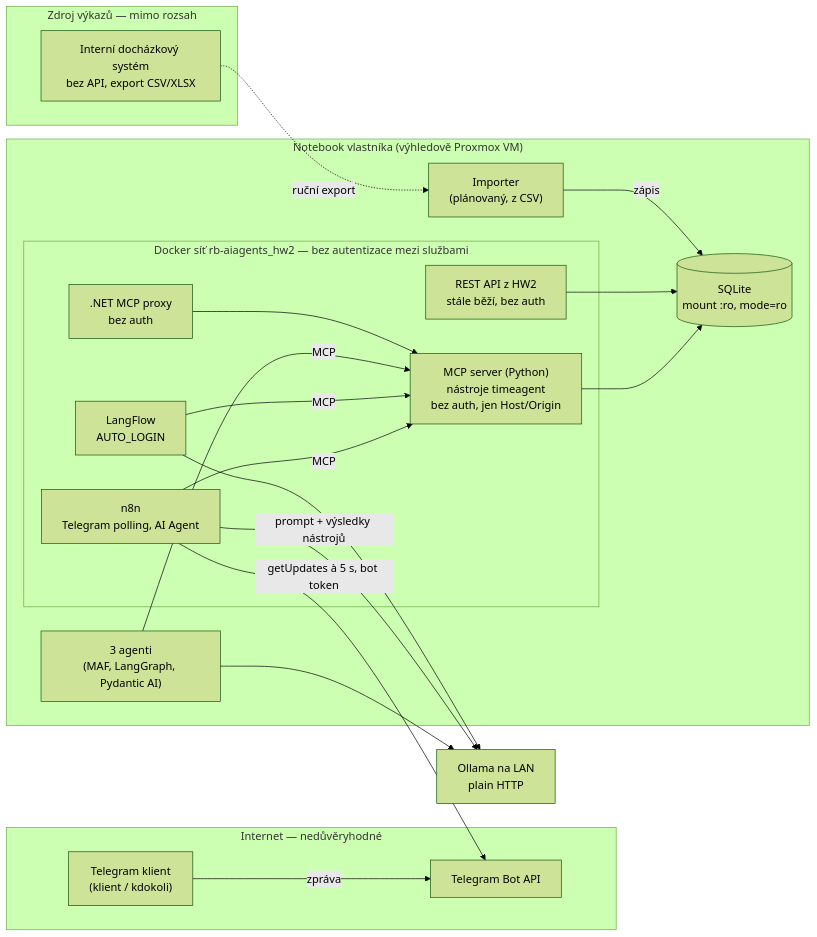
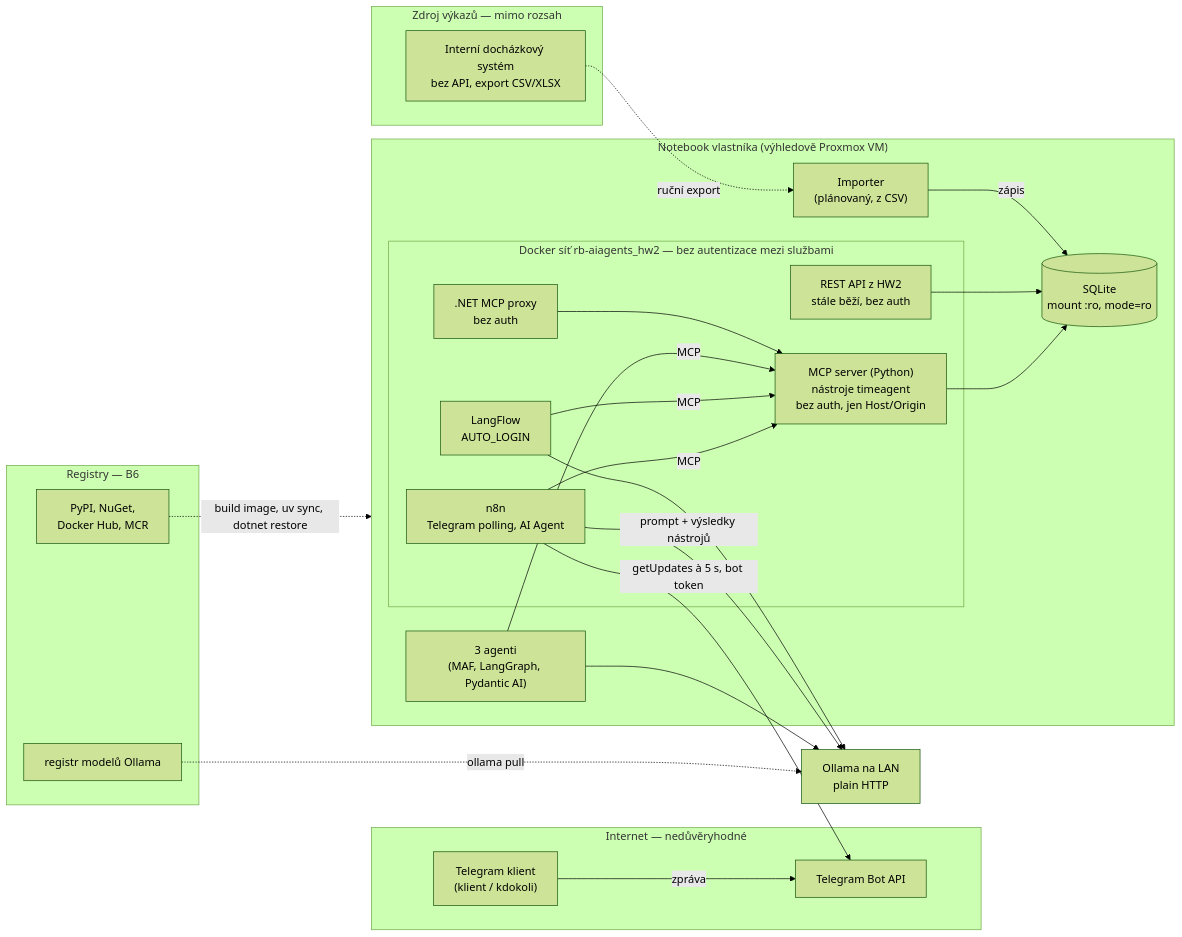
One commit to dotzik/RB-AIAgents changed the diagram in security/01-architektura.md. Above: the diagram before and after it, drawn with Mermaid (forest theme). The commit also changed other lines of this file and 42 other files, not shown here.

First line of the commit message:
Security: supply chain (T9, M8) – zámky s hashi, digesty image, NuGet jen z nuget.org, karanténa 7 dní, digest modelu, CI audit a Dependabot

````diff
--- a/security/01-architektura.md
+++ b/security/01-architektura.md
@@ -36,40 +36,47 @@
 ```mermaid
 flowchart LR
   subgraph INET["Internet — nedůvěryhodné"]
     TG["Telegram klient<br/>(klient / kdokoli)"]
     TGAPI["Telegram Bot API"]
   end
 
   subgraph SRC["Zdroj výkazů — mimo rozsah"]
     PICH["Interní docházkový systém<br/>bez API, export CSV/XLSX"]
   end
 
   subgraph HOST["Notebook vlastníka (výhledově Proxmox VM)"]
     subgraph NET["Docker síť rb-aiagents_hw2 — bez autentizace mezi službami"]
       N8N["n8n<br/>Telegram polling, AI Agent"]
       LF["LangFlow<br/>AUTO_LOGIN"]
       MCP["MCP server (Python)<br/>nástroje timeagent<br/>bez auth, jen Host/Origin"]
       MCPN[".NET MCP proxy<br/>bez auth"]
       API["REST API z HW2<br/>stále běží, bez auth"]
     end
     AG["3 agenti<br/>(MAF, LangGraph, Pydantic AI)"]
     IMP["Importer<br/>(plánovaný, z CSV)"]
     DB[("SQLite<br/>mount :ro, mode=ro")]
   end
 
   OLL["Ollama na LAN<br/>plain HTTP"]
 
+  subgraph REG["Registry — B6"]
+    PKG["PyPI, NuGet,<br/>Docker Hub, MCR"]
+    OREG["registr modelů Ollama"]
+  end
+
   TG -->|zpráva| TGAPI
   N8N -->|getUpdates à 5 s, bot token| TGAPI
   N8N -->|MCP| MCP
   LF -->|MCP| MCP
   AG -->|MCP| MCP
   MCPN --> MCP
   MCP --> DB
   API --> DB
   PICH -.->|ruční export| IMP
   IMP -->|zápis| DB
   N8N -->|prompt + výsledky nástrojů| OLL
   LF --> OLL
   AG --> OLL
+  PKG -.->|build image, uv sync, dotnet restore| HOST
+  OREG -.->|ollama pull| OLL
 ```
````
